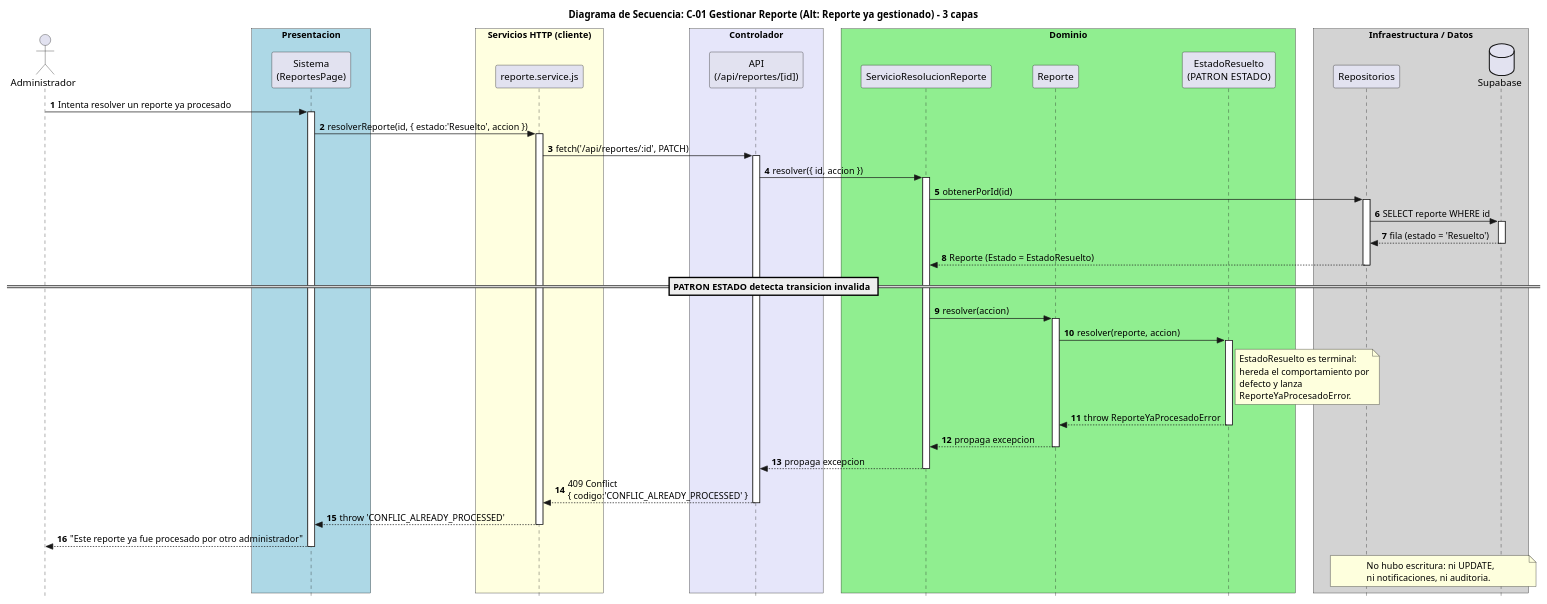
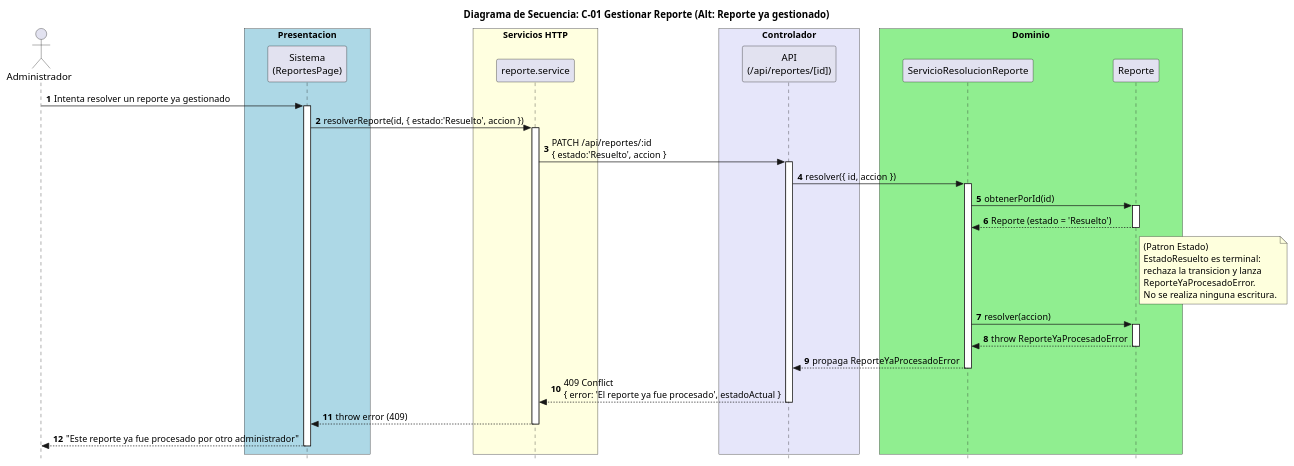
Before and after one commit to SantiagoScetti/sic-unne-admin: the diagram in docs/puml/actualizacion_claude/C-01 Gestionar Reporte (Reporte ya gestionado).puml, drawn with PlantUML. The commit also changed 11 other files, not shown here.

Commit message:
Refinamiento de codigos de diagramas de secuencia, de diagrama de entidad relacion, actualizaciones en el plan de accion

```diff
--- a/docs/puml/actualizacion_claude/C-01 Gestionar Reporte (Reporte ya gestionado).puml
+++ b/docs/puml/actualizacion_claude/C-01 Gestionar Reporte (Reporte ya gestionado).puml
@@ -1,84 +1,66 @@
 @startuml
 
-title Diagrama de Secuencia: C-01 Gestionar Reporte (Alt: Reporte ya gestionado) - 3 capas
+title Diagrama de Secuencia: C-01 Gestionar Reporte (Alt: Reporte ya gestionado)
 
 skinparam style strictuml
-skinparam ParticipantPadding 25
+skinparam ParticipantPadding 30
 skinparam BoxPadding 12
 
 autonumber
 
 actor Administrador
 
 box "Presentacion" #LightBlue
   participant "Sistema\n(ReportesPage)" as Interfaz
 end box
 
-box "Servicios HTTP (cliente)" #LightYellow
-  participant "reporte.service.js" as Service
+box "Servicios HTTP" #LightYellow
+  participant "reporte.service" as Service
 end box
 
 box "Controlador" #Lavender
   participant "API\n(/api/reportes/[id])" as API
 end box
 
 box "Dominio" #LightGreen
   participant "ServicioResolucionReporte" as Servicio
-  participant "Reporte" as Reporte
-  participant "EstadoResuelto\n(PATRON ESTADO)" as Estado
+  participant "Reporte"                   as Reporte
 end box
 
-box "Infraestructura / Datos" #LightGray
-  participant "Repositorios" as Repo
-  database "Supabase" as DB
-end box
-
-Administrador -> Interfaz: Intenta resolver un reporte ya procesado
+Administrador -> Interfaz: Intenta resolver un reporte ya gestionado
 activate Interfaz
 Interfaz -> Service: resolverReporte(id, { estado:'Resuelto', accion })
 activate Service
-Service -> API: fetch('/api/reportes/:id', PATCH)
+Service -> API: PATCH /api/reportes/:id\n{ estado:'Resuelto', accion }
 activate API
 API -> Servicio: resolver({ id, accion })
 activate Servicio
 
-Servicio -> Repo: obtenerPorId(id)
-activate Repo
-Repo -> DB: SELECT reporte WHERE id
-activate DB
-DB --> Repo: fila (estado = 'Resuelto')
-deactivate DB
-Repo --> Servicio: Reporte (Estado = EstadoResuelto)
-deactivate Repo
+Servicio -> Reporte: obtenerPorId(id)
+activate Reporte
+Reporte --> Servicio: Reporte (estado = 'Resuelto')
+deactivate Reporte
 
-== PATRON ESTADO detecta transicion invalida ==
+note right of Reporte
+  (Patron Estado)
+  EstadoResuelto es terminal:
+  rechaza la transicion y lanza
+  ReporteYaProcesadoError.
+  No se realiza ninguna escritura.
+end note
+
 Servicio -> Reporte: resolver(accion)
 activate Reporte
-Reporte -> Estado: resolver(reporte, accion)
-activate Estado
-note right of Estado
-  EstadoResuelto es terminal:
-  hereda el comportamiento por
-  defecto y lanza
-  ReporteYaProcesadoError.
-end note
-Estado --> Reporte: throw ReporteYaProcesadoError
-deactivate Estado
-Reporte --> Servicio: propaga excepcion
+Reporte --> Servicio: throw ReporteYaProcesadoError
 deactivate Reporte
-Servicio --> API: propaga excepcion
+
+Servicio --> API: propaga ReporteYaProcesadoError
 deactivate Servicio
-
-API --> Service: 409 Conflict\n{ codigo:'CONFLIC_ALREADY_PROCESSED' }
+API --> Service: 409 Conflict\n{ error: 'El reporte ya fue procesado', estadoActual }
 deactivate API
-Service --> Interfaz: throw 'CONFLIC_ALREADY_PROCESSED'
+Service --> Interfaz: throw error (409)
 deactivate Service
 Interfaz --> Administrador: "Este reporte ya fue procesado por otro administrador"
 deactivate Interfaz
 
-note over Repo, DB
-  No hubo escritura: ni UPDATE,
-  ni notificaciones, ni auditoria.
-end note
-
 @enduml
```
